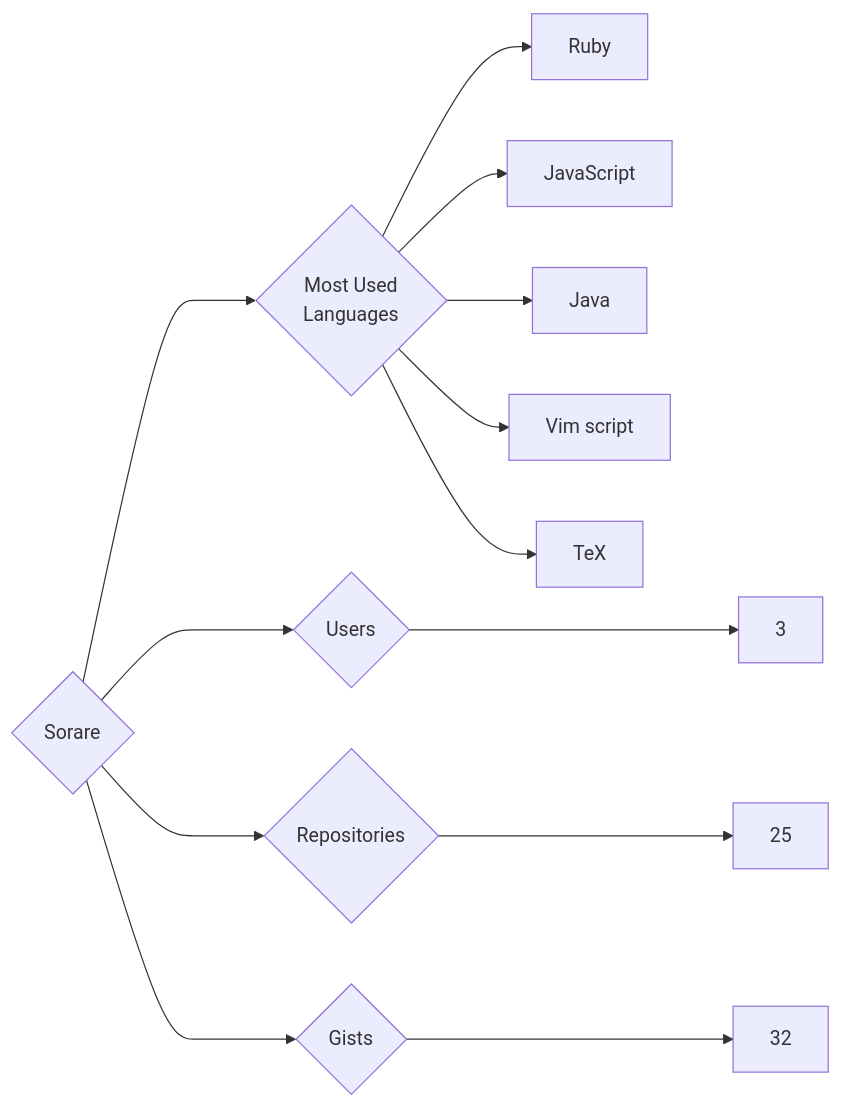
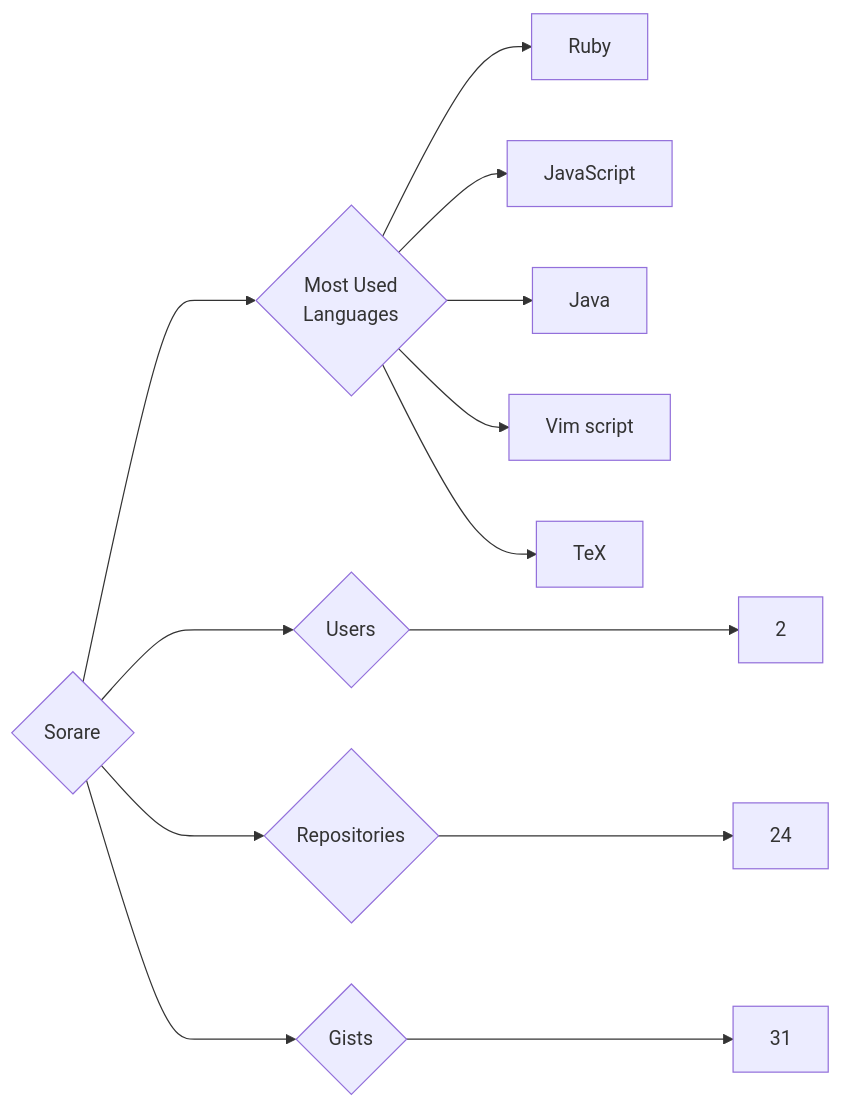
One commit to trickest/insiders changed the diagram in targets/Sorare/README.md. Above: the diagram before and after it, drawn with Mermaid. The commit also changed 953 other files, not shown here.

````diff
--- a/targets/Sorare/README.md
+++ b/targets/Sorare/README.md
@@ -3,13 +3,13 @@
 ```mermaid
 graph LR
 COMPANY_NAME{Sorare}
-COMPANY_NAME ---> U{Users} ---> UN[3]
-COMPANY_NAME ---> R{Repositories} ---> RN[25]
-COMPANY_NAME ---> G{Gists} ---> GN[32]
+COMPANY_NAME ---> U{Users} ---> UN[2]
+COMPANY_NAME ---> R{Repositories} ---> RN[24]
+COMPANY_NAME ---> G{Gists} ---> GN[31]
 COMPANY_NAME ---> ML{Most Used<br>Languages}
 ML --> Ruby[Ruby]
 ML --> JavaScript[JavaScript]
 ML --> Java[Java]
 ML --> Vim_script[Vim script]
 ML --> TeX[TeX]
 ```
````
